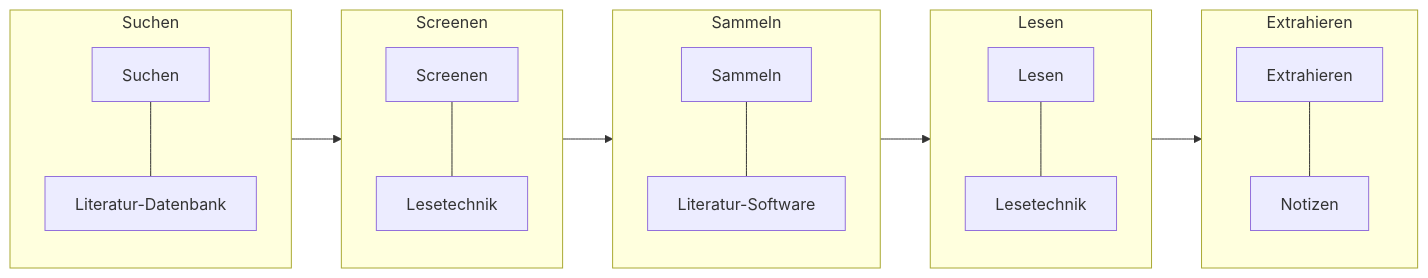
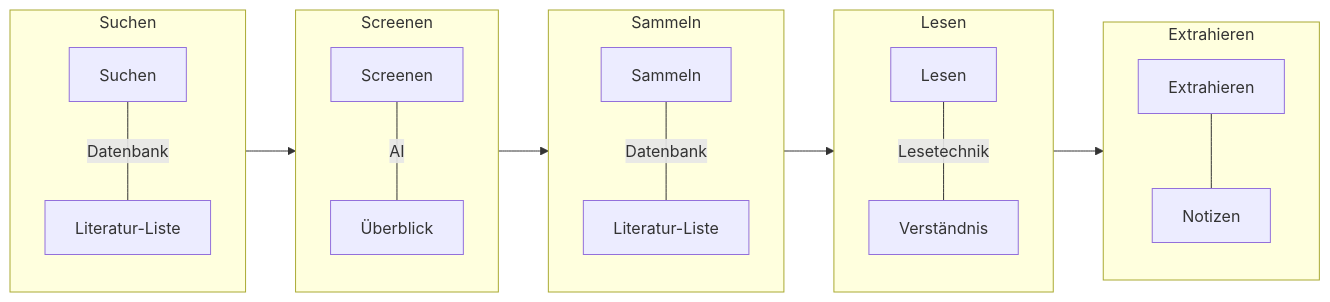
The fifth of 7 diagrams in 020-themawahl.qmd (sebastiansauer/fopra), drawn with Mermaid before and after one commit. The commit also changed other lines of this file and 5 other files, not shown here.

````diff
--- a/020-themawahl.qmd
+++ b/020-themawahl.qmd
@@ -292,22 +291,22 @@
 ```{mermaid}
 %%| fig-cap: Der Ablauf der Literaturrecherche
 %%| label: fig-litsearch-tools
 flowchart LR
   subgraph S[Suchen]
-    Suchen --- litdb[Literatur-Datenbank]
+    Suchen --- |Datenbank| litdb[Literatur-Liste]
   end
   subgraph Sc[Screenen]
-    Screenen --- lt1[Lesetechnik]
+    Screenen --- |AI| lt1[Überblick]
   end
   subgraph Sa[Sammeln]
-    Sammeln --- z1[Literatur-Software]
+    Sammeln --- |Datenbank| z1[Literatur-Liste]
   end
   subgraph Le[Lesen]
-    Lesen --- lt2[Lesetechnik]
+    Lesen --- |Lesetechnik| lt2[Verständnis]
   end
   subgraph E[Extrahieren]
     Extrahieren --- Notizen
   end
     
 S-->Sc-->Sa-->Le-->E
 ```
````
